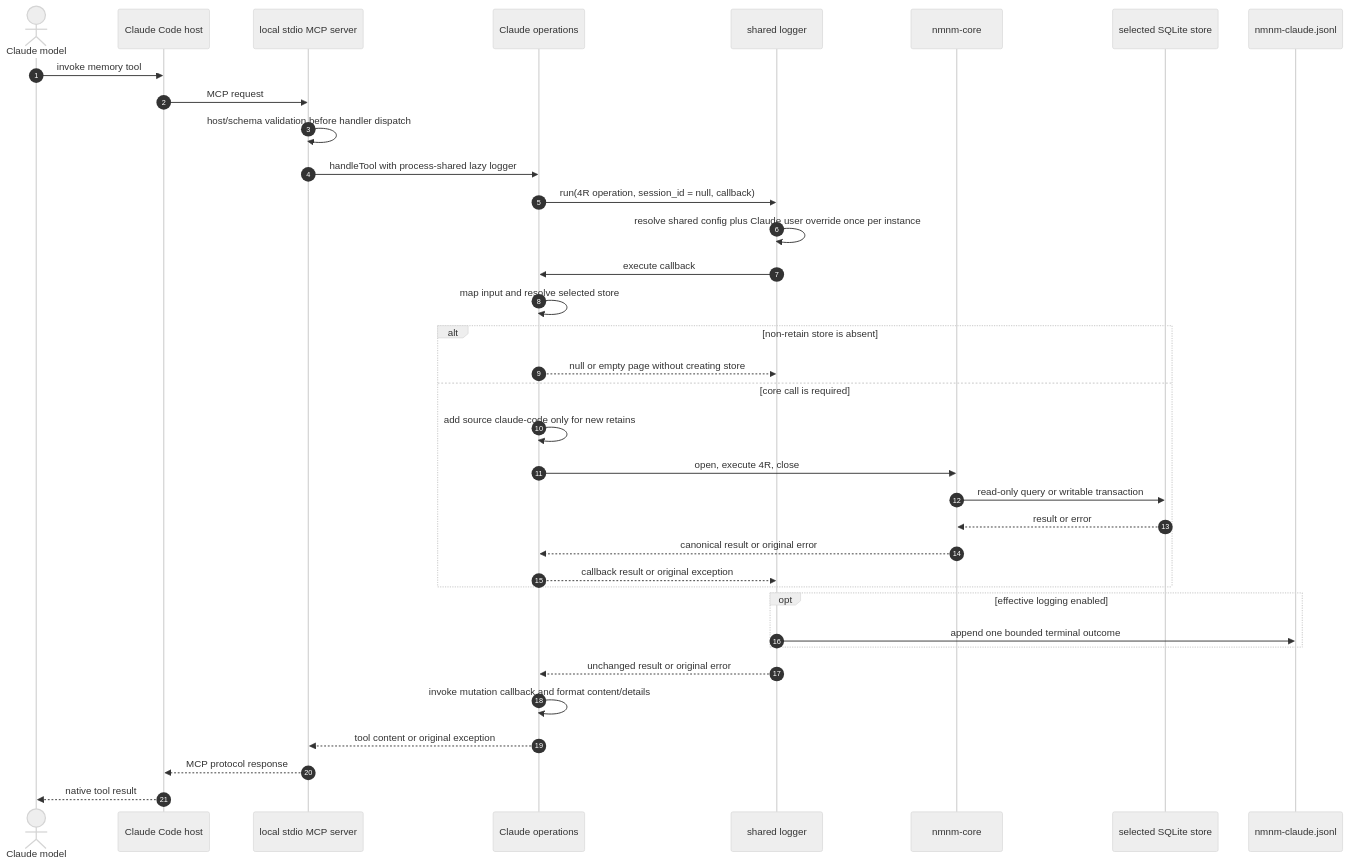
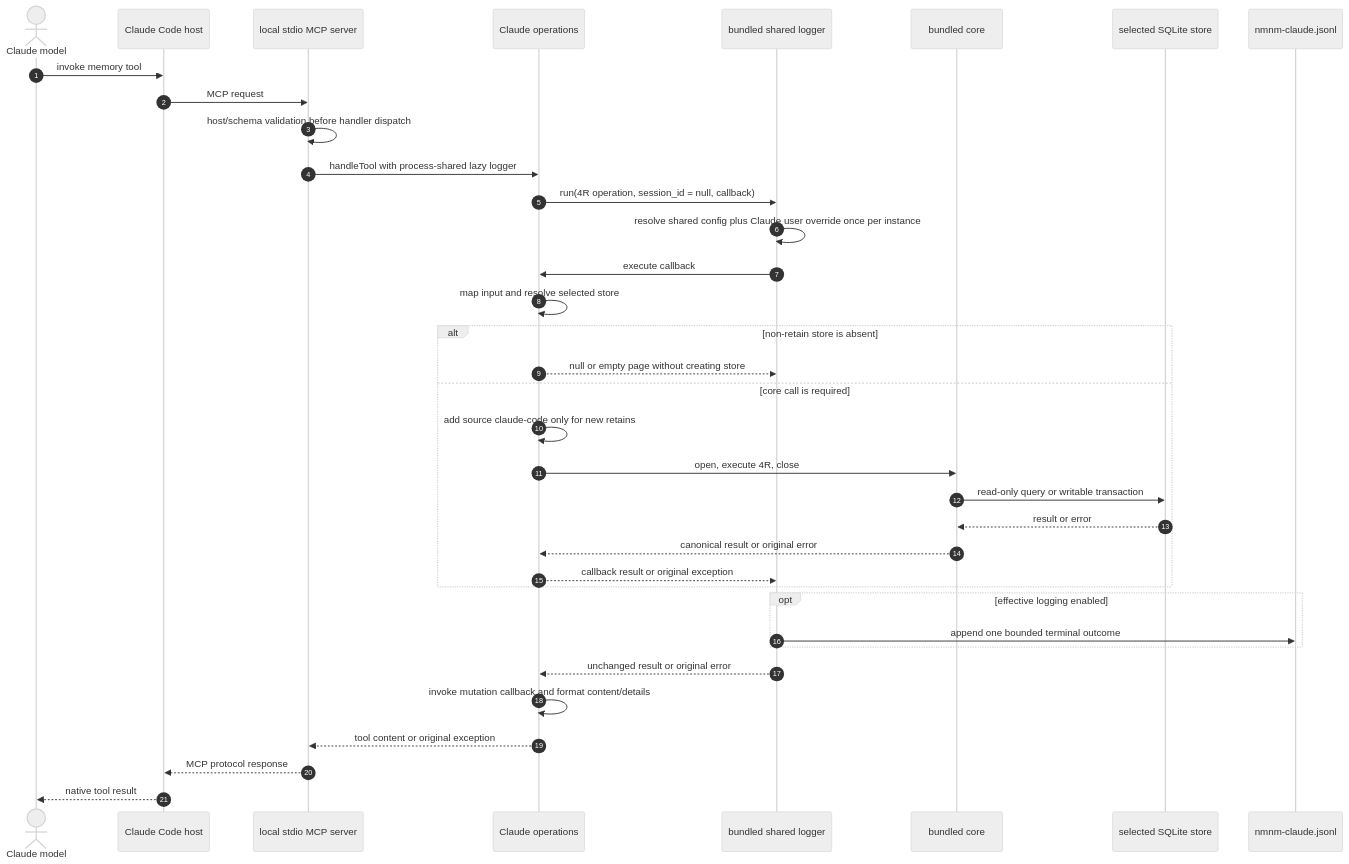
The fifth of 7 diagrams in docs/SEQUENCE_MEMORY_HANDLING.md (linellazatin/nanomneme), drawn with Mermaid (neutral theme) before and after one commit. The commit also changed other lines of this file and 3 other files, not shown here.

````diff
--- a/docs/SEQUENCE_MEMORY_HANDLING.md
+++ b/docs/SEQUENCE_MEMORY_HANDLING.md
@@ -243,39 +243,39 @@
 ```mermaid
 sequenceDiagram
   autonumber
   actor Model as Claude model
   participant Host as Claude Code host
   participant MCP as local stdio MCP server
   participant Ops as Claude operations
-  participant Logger as shared logger
-  participant Core as nmnm-core
+  participant Logger as bundled shared logger
+  participant Core as bundled core
   participant DB as selected SQLite store
   participant Log as nmnm-claude.jsonl
 
   Model->>Host: invoke memory tool
   Host->>MCP: MCP request
   MCP->>MCP: host/schema validation before handler dispatch
   MCP->>Ops: handleTool with process-shared lazy logger
   Ops->>Logger: run(4R operation, session_id = null, callback)
   Logger->>Logger: resolve shared config plus Claude user override once per instance
   Logger->>Ops: execute callback
   Ops->>Ops: map input and resolve selected store
   alt non-retain store is absent
     Ops-->>Logger: null or empty page without creating store
   else core call is required
     Ops->>Ops: add source claude-code only for new retains
     Ops->>Core: open, execute 4R, close
     Core->>DB: read-only query or writable transaction
     DB-->>Core: result or error
     Core-->>Ops: canonical result or original error
     Ops-->>Logger: callback result or original exception
   end
   opt effective logging enabled
     Logger->>Log: append one bounded terminal outcome
   end
   Logger-->>Ops: unchanged result or original error
   Ops->>Ops: invoke mutation callback and format content/details
   Ops-->>MCP: tool content or original exception
   MCP-->>Host: MCP protocol response
   Host-->>Model: native tool result
 ```
````
